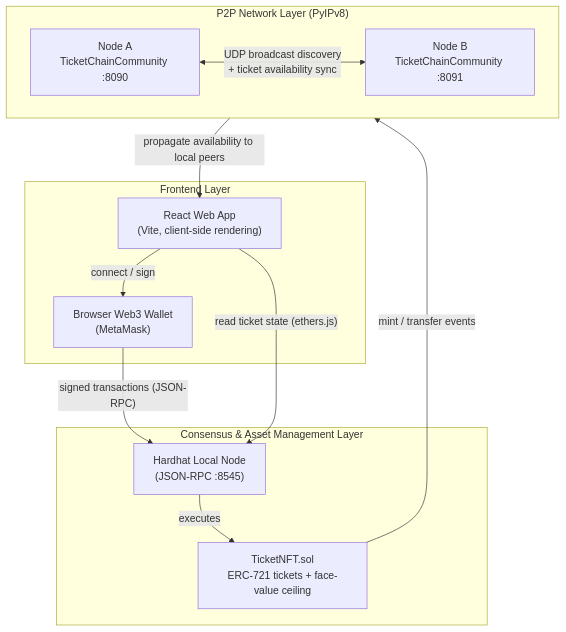
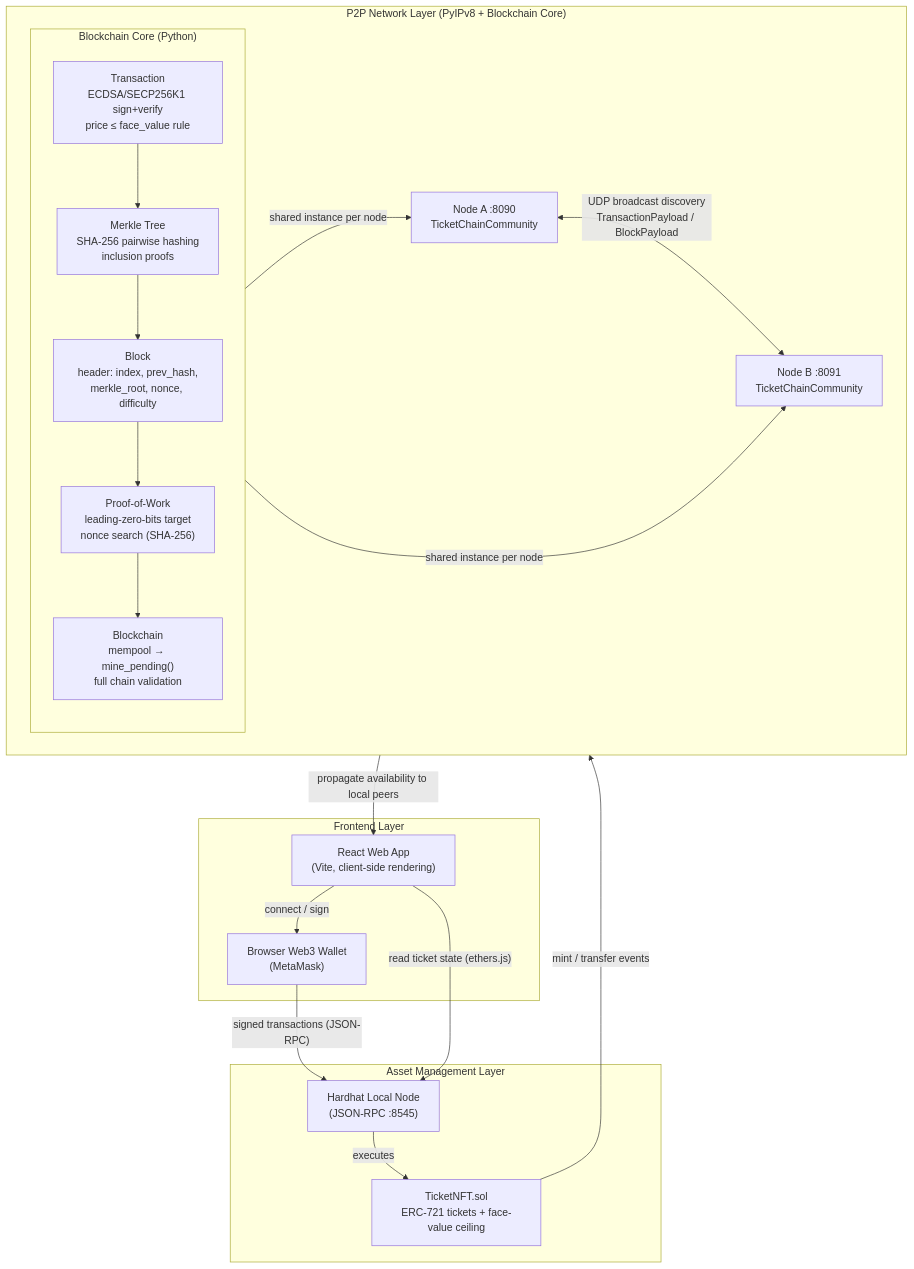
Before and after one commit to Zetchu/ticket-chain: the diagram in docs/architecture.md, drawn with Mermaid. The commit also changed other lines of this file and 1 other file, not shown here.

First line of the commit message:
docs: update README and architecture to reflect hand-built blockchain core

````diff
--- a/docs/architecture.md
+++ b/docs/architecture.md
@@ -8,25 +8,35 @@
 ```mermaid
 flowchart TB
     subgraph Client["Frontend Layer"]
         UI["React Web App<br/>(Vite, client-side rendering)"]
         Wallet["Browser Web3 Wallet<br/>(MetaMask)"]
         UI -- "connect / sign" --> Wallet
     end
 
-    subgraph Chain["Consensus & Asset Management Layer"]
+    subgraph Chain["Asset Management Layer"]
         Node["Hardhat Local Node<br/>(JSON-RPC :8545)"]
         SC["TicketNFT.sol<br/>ERC-721 tickets + face-value ceiling"]
         Node -- "executes" --> SC
     end
 
-    subgraph P2P["P2P Network Layer (PyIPv8)"]
-        A["Node A<br/>TicketChainCommunity :8090"]
-        B["Node B<br/>TicketChainCommunity :8091"]
-        A <-- "UDP broadcast discovery<br/>+ ticket availability sync" --> B
+    subgraph P2P["P2P Network Layer (PyIPv8 + Blockchain Core)"]
+        subgraph BC["Blockchain Core (Python)"]
+            TX["Transaction<br/>ECDSA/SECP256K1 sign+verify<br/>price ≤ face_value rule"]
+            MK["Merkle Tree<br/>SHA-256 pairwise hashing<br/>inclusion proofs"]
+            BL["Block<br/>header: index, prev_hash,<br/>merkle_root, nonce, difficulty"]
+            PW["Proof-of-Work<br/>leading-zero-bits target<br/>nonce search (SHA-256)"]
+            CH["Blockchain<br/>mempool → mine_pending()<br/>full chain validation"]
+            TX --> MK --> BL --> PW --> CH
+        end
+        A["Node A :8090<br/>TicketChainCommunity"]
+        B["Node B :8091<br/>TicketChainCommunity"]
+        A <-- "UDP broadcast discovery<br/>TransactionPayload / BlockPayload" --> B
+        BC -- "shared instance per node" --> A
+        BC -- "shared instance per node" --> B
     end
 
     Wallet -- "signed transactions (JSON-RPC)" --> Node
     UI -- "read ticket state (ethers.js)" --> Node
     SC -- "mint / transfer events" --> P2P
     P2P -- "propagate availability to local peers" --> UI
 ```
````
